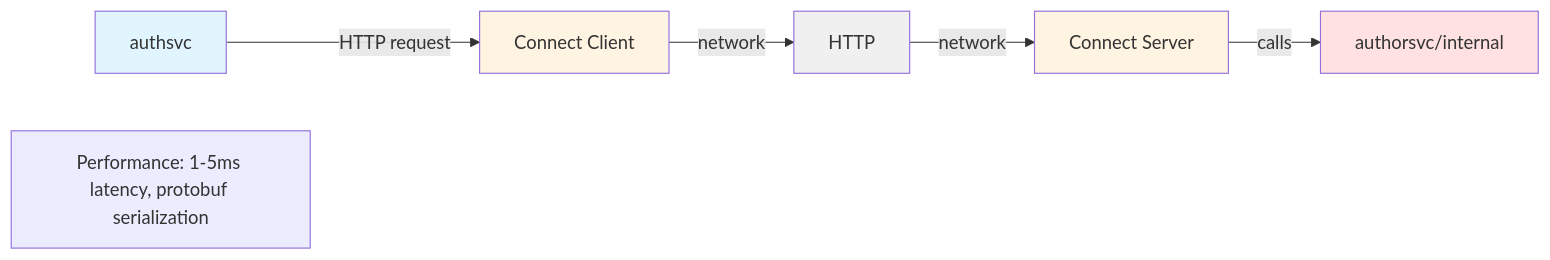
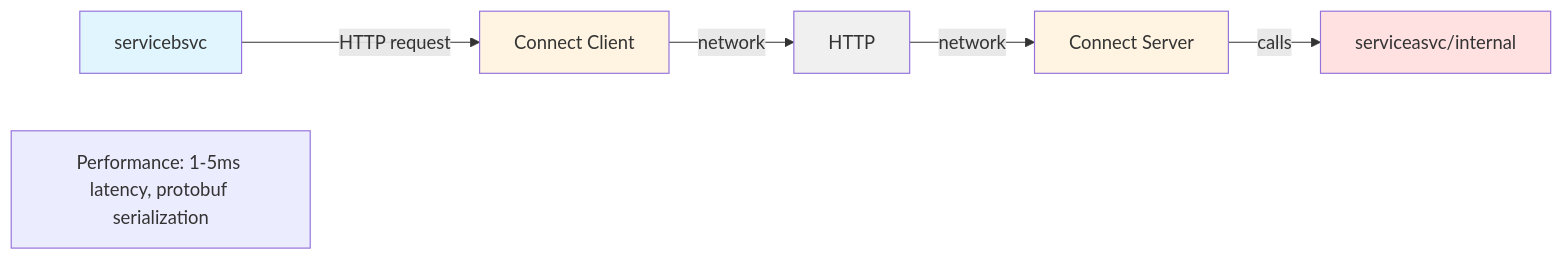
One commit to pivaldi/go-modular-monolith-white-paper changed the third of 5 diagrams in README.md. Above: the diagram before and after it, drawn with Mermaid. The commit also changed other lines of this file and 20 other files, not shown here.

Commit message:
Bridge to Contract Definition Architecture Refactoring

````diff
--- a/README.md
+++ b/README.md
@@ -293,15 +295,15 @@
 ```mermaid
 graph LR
-    authsvc["authsvc"] -->|HTTP request| connect_client["Connect Client"]
+    servicebsvc["servicebsvc"] -->|HTTP request| connect_client["Connect Client"]
     connect_client -->|network| http["HTTP"]
     http -->|network| connect_server["Connect Server"]
-    connect_server -->|calls| authorsvc_internal["authorsvc/internal"]
+    connect_server -->|calls| serviceasvc_internal["serviceasvc/internal"]
 
     note["Performance: 1-5ms latency, protobuf serialization"]
 
-    style authsvc fill:#e1f5ff
+    style servicebsvc fill:#e1f5ff
     style connect_client fill:#fff4e1
     style http fill:#f0f0f0
     style connect_server fill:#fff4e1
-    style authorsvc_internal fill:#ffe1e1
+    style serviceasvc_internal fill:#ffe1e1
 ```
````
